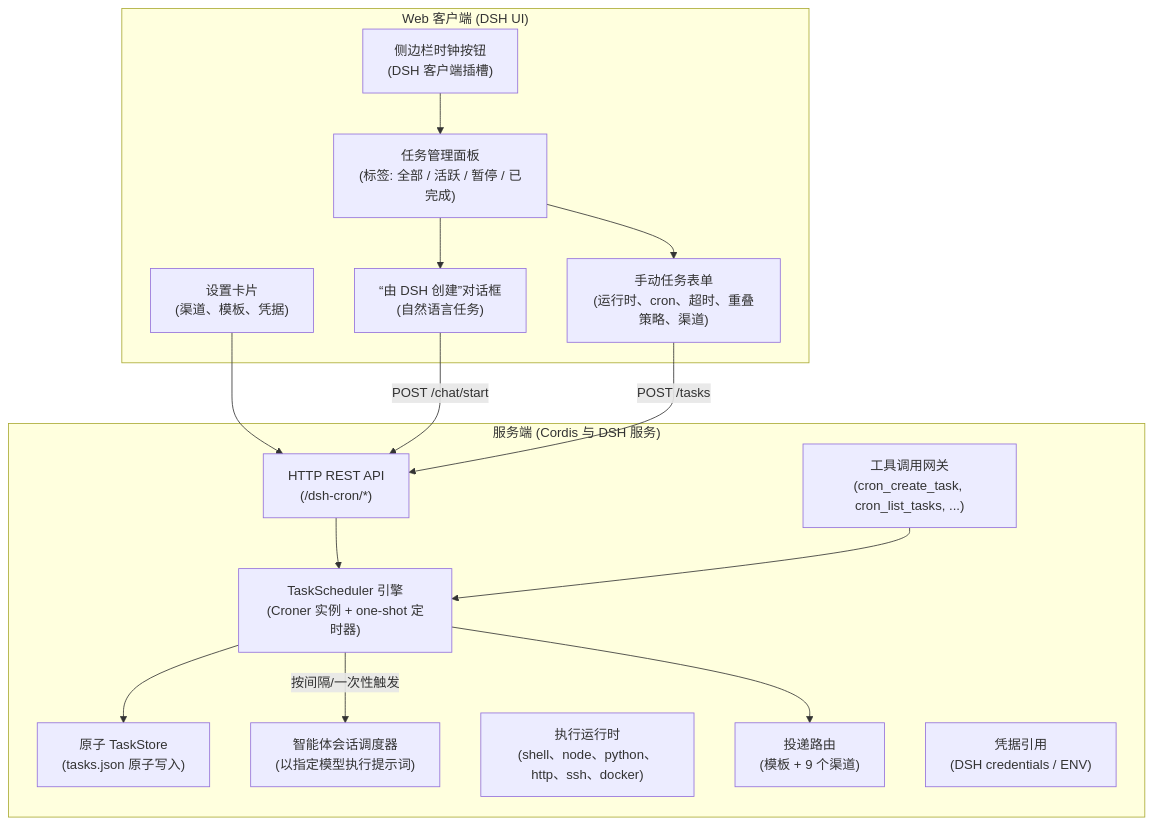
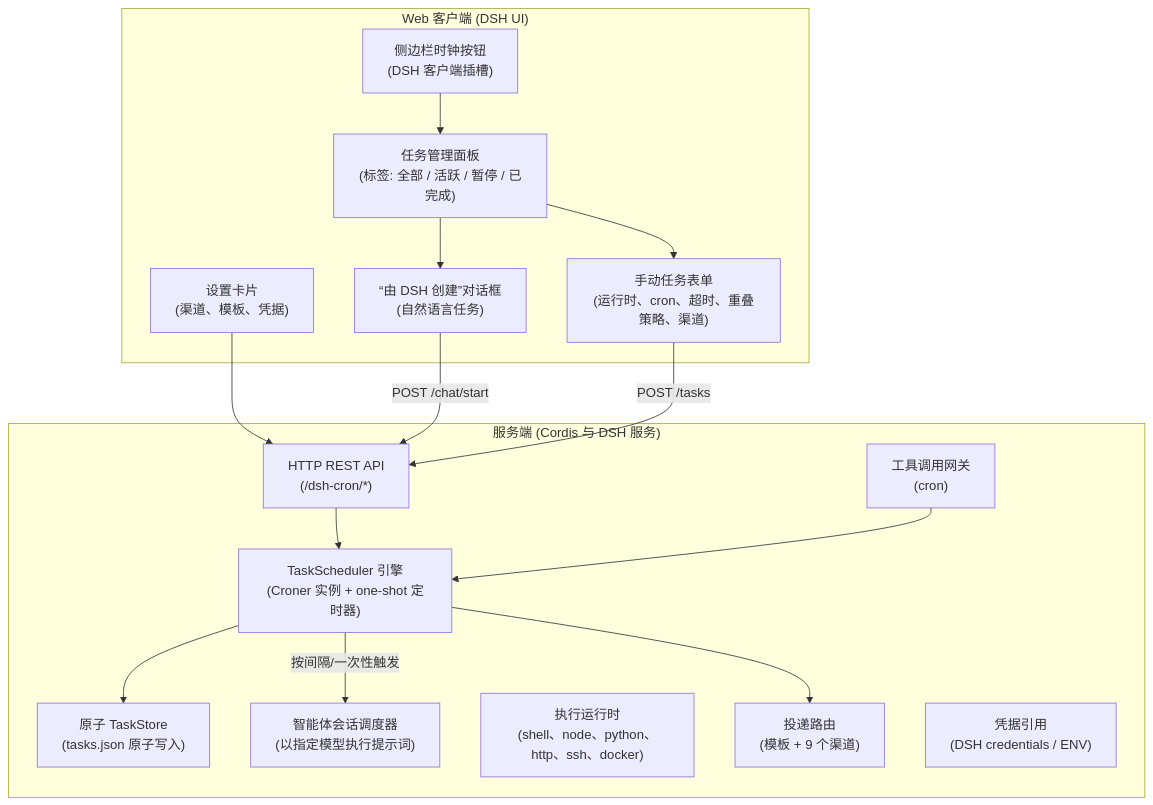
One commit to GooDAnDReaDY/dsh-cron changed the diagram in README.zh.md. Above: the diagram before and after it, drawn with Mermaid. The commit also changed other lines of this file and 10 other files, not shown here.

````diff
--- a/README.zh.md
+++ b/README.zh.md
@@ -55,33 +55,33 @@
 ```mermaid
 graph TD
     subgraph Client ["Web 客户端 (DSH UI)"]
         SidebarBtn["侧边栏时钟按钮<br/>(DSH 客户端插槽)"]
         Overlay["任务管理面板<br/>(标签: 全部 / 活跃 / 暂停 / 已完成)"]
         CreateWithDSH["“由 DSH 创建”对话框<br/>(自然语言任务)"]
         ManualForm["手动任务表单<br/>(运行时、cron、超时、重叠策略、渠道)"]
         SettingsCard["设置卡片<br/>(渠道、模板、凭据)"]
     end
 
     subgraph Server ["服务端 (Cordis 与 DSH 服务)"]
         HttpRoutes["HTTP REST API<br/>(/dsh-cron/*)"]
-        AgentTools["工具调用网关<br/>(cron_create_task, cron_list_tasks, ...)"]
+        AgentTools["工具调用网关<br/>(cron)"]
         Scheduler["TaskScheduler 引擎<br/>(Croner 实例 + one-shot 定时器)"]
         Store["原子 TaskStore<br/>(tasks.json 原子写入)"]
         AgentRunner["智能体会话调度器<br/>(以指定模型执行提示词)"]
         Runtimes["执行运行时<br/>(shell、node、python、http、ssh、docker)"]
         Notify["投递路由<br/>(模板 + 9 个渠道)"]
         Secrets["凭据引用<br/>(DSH credentials / ENV)"]
     end
 
     SidebarBtn --> Overlay
     Overlay --> CreateWithDSH
     Overlay --> ManualForm
     SettingsCard --> HttpRoutes
     CreateWithDSH -->|POST /chat/start| HttpRoutes
     ManualForm -->|POST /tasks| HttpRoutes
     HttpRoutes --> Scheduler
     AgentTools --> Scheduler
     Scheduler --> Store
     Scheduler -->|按间隔/一次性触发| AgentRunner
     Scheduler --> Notify
 ```
````
